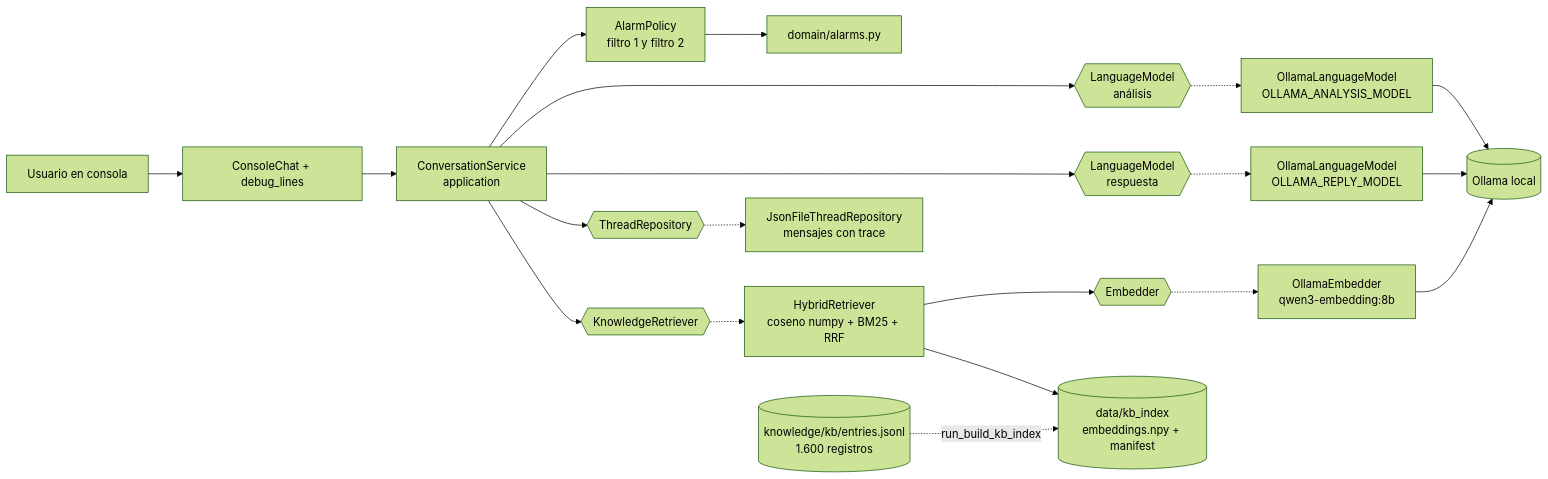
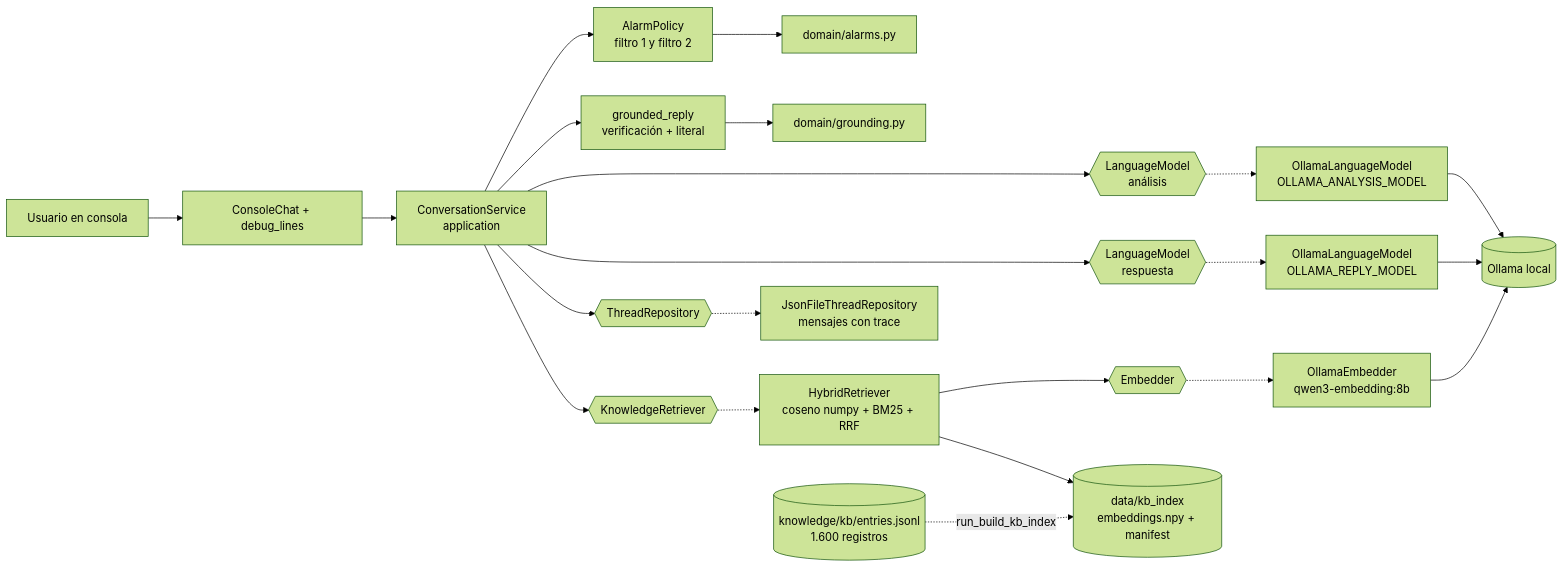
The third of 4 diagrams in docs/02-arquitectura/arquitectura.md (NicolasCastilloGaleano/chatbot-cardio-materno), drawn with Mermaid (forest theme) before and after one commit. The commit also changed other lines of this file and 33 other files, not shown here.

````diff
--- a/docs/02-arquitectura/arquitectura.md
+++ b/docs/02-arquitectura/arquitectura.md
@@ -84,19 +84,21 @@
 ```mermaid
 flowchart LR
     U[Usuario en consola] --> CC[ConsoleChat + debug_lines]
     CC --> CS[ConversationService<br/>application]
     CS --> AP[AlarmPolicy<br/>filtro 1 y filtro 2]
     AP --> DA[domain/alarms.py]
     CS --> AN{{LanguageModel<br/>análisis}}
     CS --> KR{{KnowledgeRetriever}}
     CS --> RE{{LanguageModel<br/>respuesta}}
     CS --> TR{{ThreadRepository}}
+    CS --> GR[grounded_reply<br/>verificación + literal]
+    GR --> DG[domain/grounding.py]
     AN -.-> OL1[OllamaLanguageModel<br/>OLLAMA_ANALYSIS_MODEL]
     RE -.-> OL2[OllamaLanguageModel<br/>OLLAMA_REPLY_MODEL]
     KR -.-> HR[HybridRetriever<br/>coseno numpy + BM25 + RRF]
     HR --> EM{{Embedder}} -.-> OE[OllamaEmbedder<br/>qwen3-embedding:8b]
     HR --> VI[(data/kb_index<br/>embeddings.npy + manifest)]
     KB[(knowledge/kb/entries.jsonl<br/>1.600 registros)] -. run_build_kb_index .-> VI
     TR -.-> JR[JsonFileThreadRepository<br/>mensajes con trace]
     OL1 & OL2 & OE --> OLL[(Ollama local)]
 ```
````
